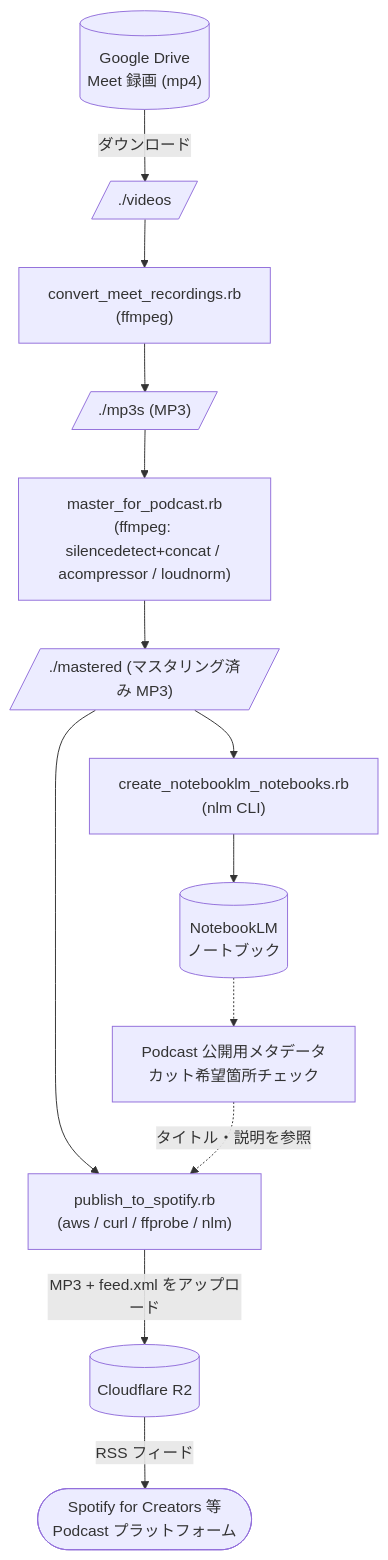
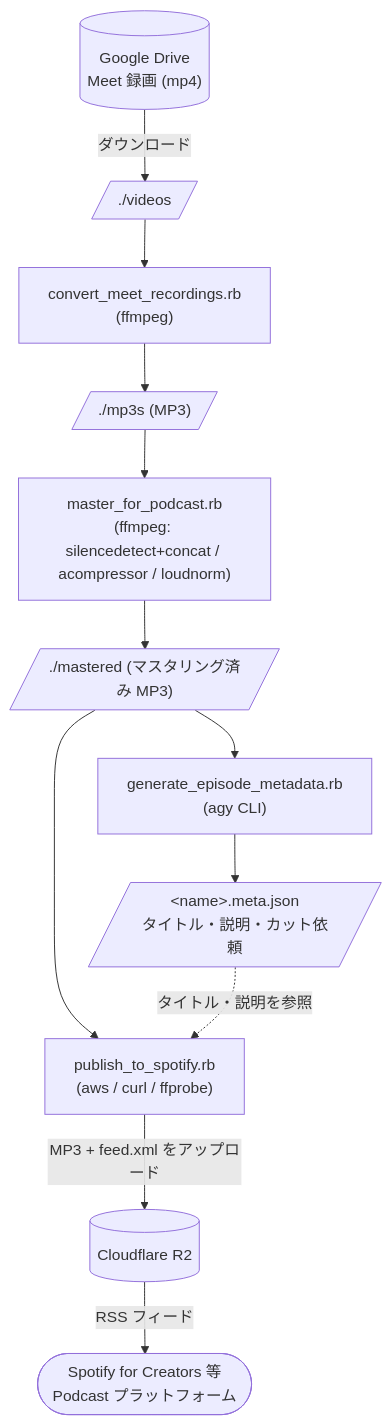
The diagram in README.md (phigasui/podcast-publishing-toolkit), drawn with Mermaid before and after one commit. The commit also changed other lines of this file and 6 other files, not shown here.

First line of the commit message:
Generate episode metadata with Antigravity CLI instead of NotebookLM

````diff
--- a/README.md
+++ b/README.md
@@ -7,20 +7,19 @@
 ```mermaid
 flowchart TD
     drive[("Google Drive<br/>Meet 録画 (mp4)")]
     drive -->|ダウンロード| videos[/"./videos"/]
 
     videos --> convert["convert_meet_recordings.rb<br/>(ffmpeg)"]
     convert --> mp3s[/"./mp3s (MP3)"/]
 
     mp3s --> master["master_for_podcast.rb<br/>(ffmpeg: silencedetect+concat / acompressor / loudnorm)"]
     master --> mastered[/"./mastered (マスタリング済み MP3)"/]
 
-    mastered --> notebook["create_notebooklm_notebooks.rb<br/>(nlm CLI)"]
-    notebook --> nlm[("NotebookLM<br/>ノートブック")]
-    nlm -.-> meta["Podcast 公開用メタデータ<br/>カット希望箇所チェック"]
+    mastered --> generate["generate_episode_metadata.rb<br/>(agy CLI)"]
+    generate --> meta[/"&lt;name&gt;.meta.json<br/>タイトル・説明・カット依頼"/]
 
-    mastered --> publish["publish_to_spotify.rb<br/>(aws / curl / ffprobe / nlm)"]
+    mastered --> publish["publish_to_spotify.rb<br/>(aws / curl / ffprobe)"]
     meta -.->|タイトル・説明を参照| publish
     publish -->|MP3 + feed.xml をアップロード| r2[("Cloudflare R2")]
     r2 -->|RSS フィード| spotify(["Spotify for Creators 等<br/>Podcast プラットフォーム"])
 ```
````
